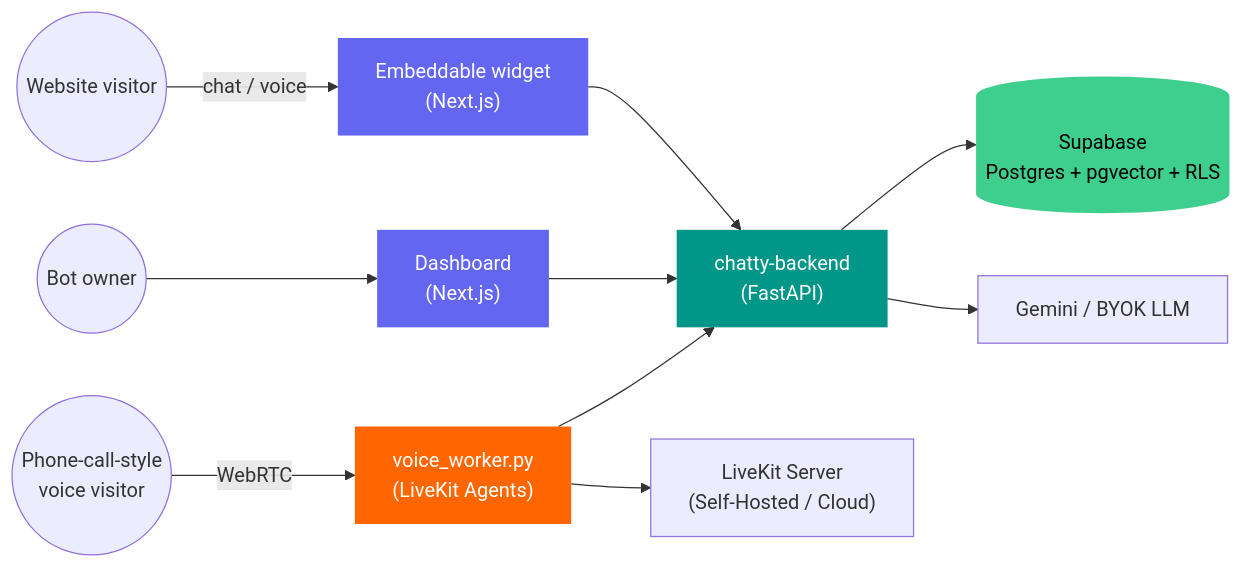
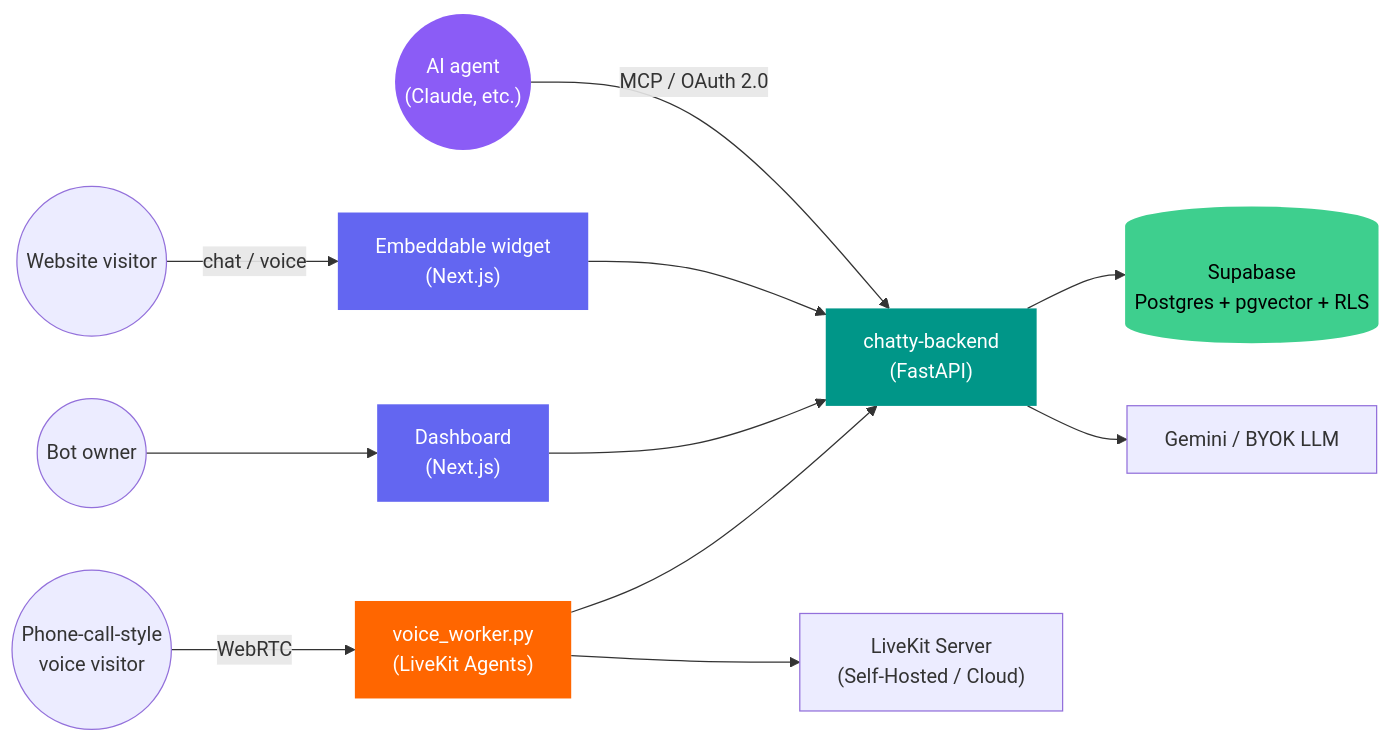
Before and after one commit to PersonaliAI/chatty: the diagram in README.md, drawn with Mermaid. The commit also changed other lines of this file and 1 other file, not shown here.

````diff
--- a/README.md
+++ b/README.md
@@ -51,18 +80,20 @@
 ```mermaid
 flowchart LR
     visitor(("Website visitor")) -->|chat / voice| widget["Embeddable widget\n(Next.js)"]
     owner(("Bot owner")) --> dashboard["Dashboard\n(Next.js)"]
+    agent(("AI agent\n(Claude, etc.)")) -->|MCP / OAuth 2.0| api
     widget --> api["chatty-backend\n(FastAPI)"]
     dashboard --> api
     caller(("Phone-call-style\nvoice visitor")) -->|WebRTC| voice["voice_worker.py\n(LiveKit Agents)"]
     voice --> api
     api --> db[("Supabase\nPostgres + pgvector + RLS")]
     api --> llm["Gemini / BYOK LLM"]
     voice --> livekit["LiveKit Server\n(Self-Hosted / Cloud)"]
 
     style widget fill:#6366f1,color:#fff,stroke:none
     style dashboard fill:#6366f1,color:#fff,stroke:none
     style api fill:#009688,color:#fff,stroke:none
     style voice fill:#ff6600,color:#fff,stroke:none
     style db fill:#3ecf8e,color:#000,stroke:none
+    style agent fill:#8b5cf6,color:#fff,stroke:none
 ```
````
